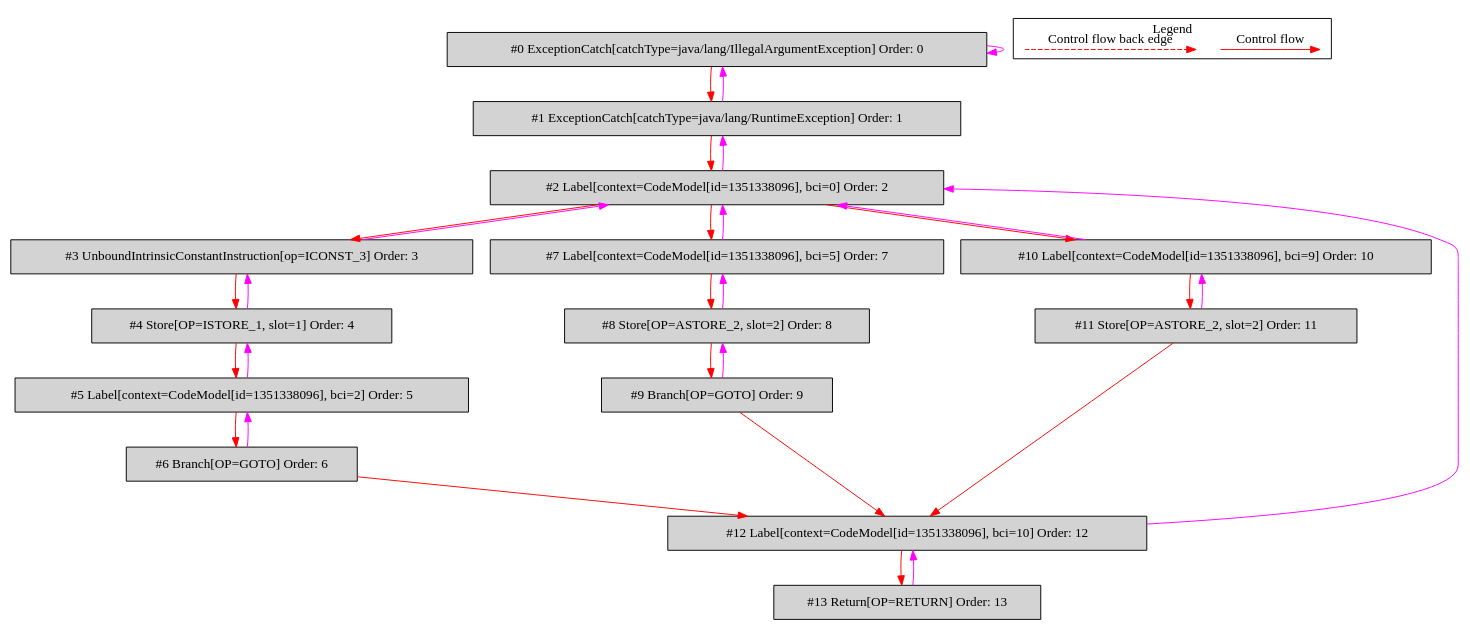
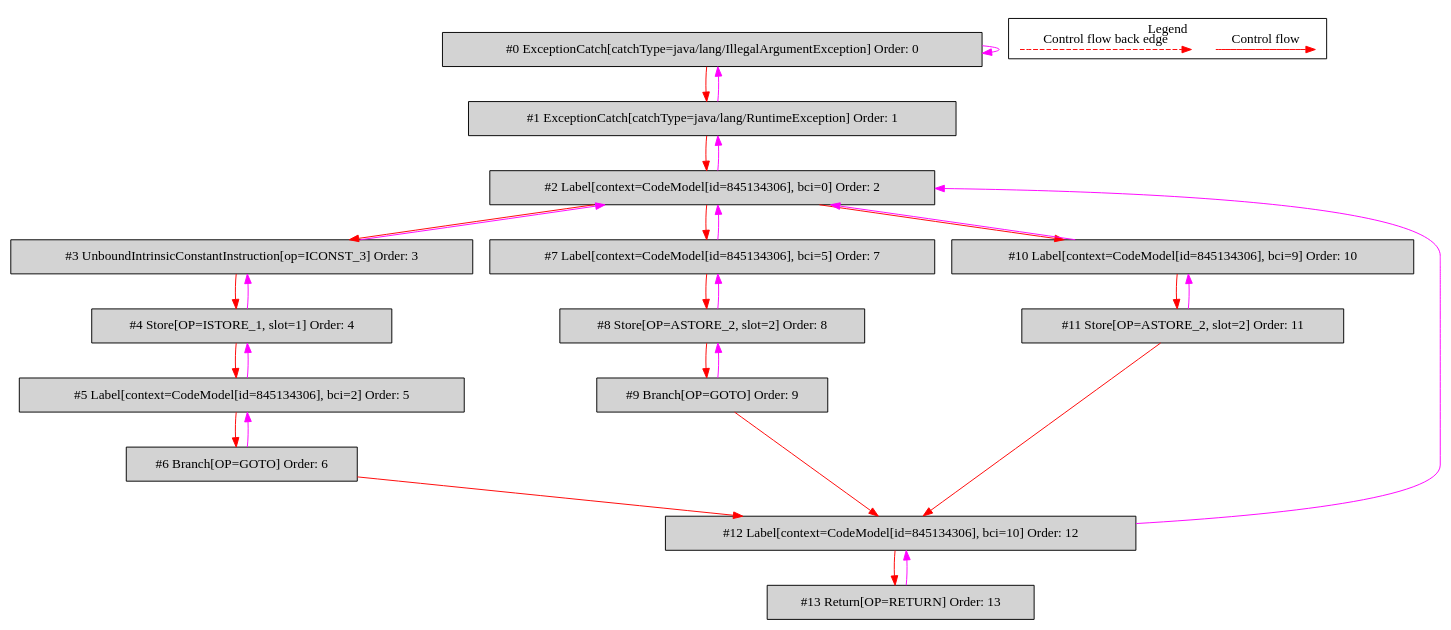
The diagram in de.mirkosertic.metair.ir.OpcodeTryCatchTest/test_CatchOfTwo/bytecodecfg.dot (mirkosertic/MetaIR), drawn with Graphviz before and after one commit. The commit also changed 722 other files, not shown here.

```diff
--- a/de.mirkosertic.metair.ir.OpcodeTryCatchTest/test_CatchOfTwo/bytecodecfg.dot
+++ b/de.mirkosertic.metair.ir.OpcodeTryCatchTest/test_CatchOfTwo/bytecodecfg.dot
@@ -1,60 +1,60 @@
 digraph {
  ordering="in";
  node0[label="#0 ExceptionCatch[catchType=java/lang/IllegalArgumentException] Order: 0", shape=box, fillcolor=lightgrey, style=filled];
  node1[label="#1 ExceptionCatch[catchType=java/lang/RuntimeException] Order: 1", shape=box, fillcolor=lightgrey, style=filled];
- node2[label="#2 Label[context=CodeModel[id=1351338096], bci=0] Order: 2", shape=box, fillcolor=lightgrey, style=filled];
+ node2[label="#2 Label[context=CodeModel[id=845134306], bci=0] Order: 2", shape=box, fillcolor=lightgrey, style=filled];
  node3[label="#3 UnboundIntrinsicConstantInstruction[op=ICONST_3] Order: 3", shape=box, fillcolor=lightgrey, style=filled];
  node4[label="#4 Store[OP=ISTORE_1, slot=1] Order: 4", shape=box, fillcolor=lightgrey, style=filled];
- node5[label="#5 Label[context=CodeModel[id=1351338096], bci=2] Order: 5", shape=box, fillcolor=lightgrey, style=filled];
+ node5[label="#5 Label[context=CodeModel[id=845134306], bci=2] Order: 5", shape=box, fillcolor=lightgrey, style=filled];
  node6[label="#6 Branch[OP=GOTO] Order: 6", shape=box, fillcolor=lightgrey, style=filled];
- node7[label="#7 Label[context=CodeModel[id=1351338096], bci=5] Order: 7", shape=box, fillcolor=lightgrey, style=filled];
+ node7[label="#7 Label[context=CodeModel[id=845134306], bci=5] Order: 7", shape=box, fillcolor=lightgrey, style=filled];
  node8[label="#8 Store[OP=ASTORE_2, slot=2] Order: 8", shape=box, fillcolor=lightgrey, style=filled];
  node9[label="#9 Branch[OP=GOTO] Order: 9", shape=box, fillcolor=lightgrey, style=filled];
- node10[label="#10 Label[context=CodeModel[id=1351338096], bci=9] Order: 10", shape=box, fillcolor=lightgrey, style=filled];
+ node10[label="#10 Label[context=CodeModel[id=845134306], bci=9] Order: 10", shape=box, fillcolor=lightgrey, style=filled];
  node11[label="#11 Store[OP=ASTORE_2, slot=2] Order: 11", shape=box, fillcolor=lightgrey, style=filled];
- node12[label="#12 Label[context=CodeModel[id=1351338096], bci=10] Order: 12", shape=box, fillcolor=lightgrey, style=filled];
+ node12[label="#12 Label[context=CodeModel[id=845134306], bci=10] Order: 12", shape=box, fillcolor=lightgrey, style=filled];
  node13[label="#13 Return[OP=RETURN] Order: 13", shape=box, fillcolor=lightgrey, style=filled];
  node0 -> node0[color=fuchsia];
  node0 -> node1[color=red];
  node1 -> node0[color=fuchsia];
  node1 -> node2[color=red];
  node2 -> node1[color=fuchsia];
  node2 -> node3[color=red];
  node3 -> node2[color=fuchsia];
  node3 -> node4[color=red];
  node4 -> node3[color=fuchsia];
  node4 -> node5[color=red];
  node5 -> node4[color=fuchsia];
  node5 -> node6[color=red];
  node6 -> node5[color=fuchsia];
  node2 -> node7[color=red];
  node7 -> node2[color=fuchsia];
  node7 -> node8[color=red];
  node8 -> node7[color=fuchsia];
  node8 -> node9[color=red];
  node9 -> node8[color=fuchsia];
  node2 -> node10[color=red];
  node10 -> node2[color=fuchsia];
  node10 -> node11[color=red];
  node11 -> node10[color=fuchsia];
  node6 -> node12[color=red];
  node9 -> node12[color=red];
  node11 -> node12[color=red];
  node12 -> node2[color=fuchsia];
  node12 -> node13[color=red];
  node13 -> node12[color=fuchsia];
  subgraph cluster_000 {
   label = "Legend";
   node [shape=point]
   {
    rank=same;
    c0 [style = invis];
    c1 [style = invis];
    c2 [style = invis];
    c3 [style = invis];
   }
   c0 -> c1 [label="Control flow", style=solid, color=red]
   c2 -> c3 [label="Control flow back edge", style=dashed, color=red]
  }
 
 }
```
